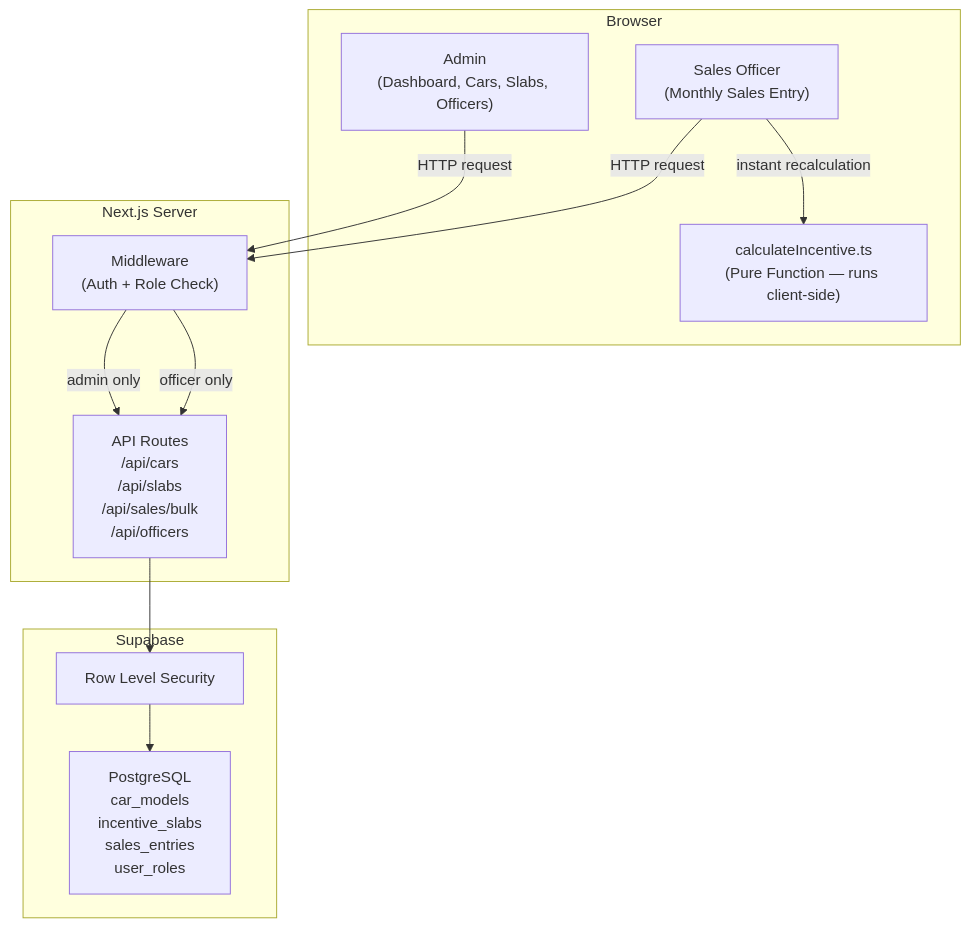
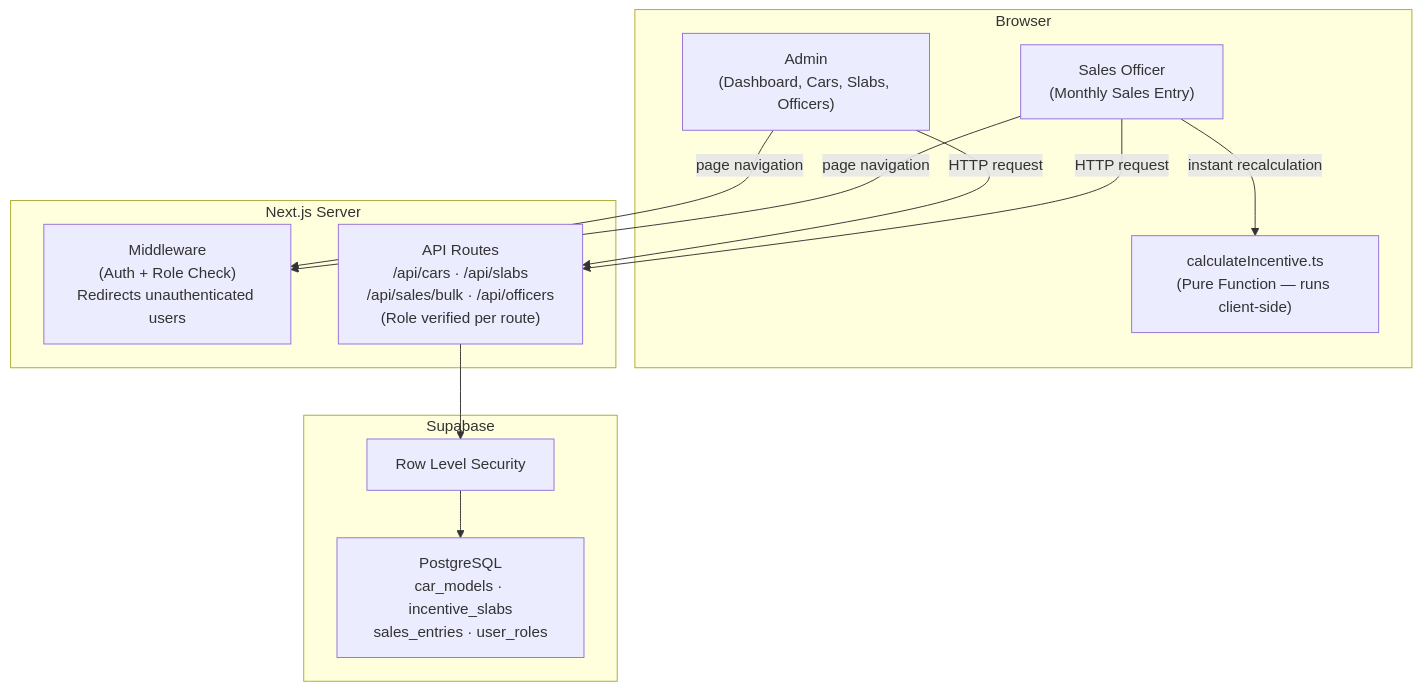
Before and after one commit to Sangeeth62880/toyota: the diagram in README.md, drawn with Mermaid.

Commit message:
Enhance README with middleware and API route details
Updated the README to clarify middleware functionality and API routes.

````diff
--- a/README.md
+++ b/README.md
@@ -21,25 +21,25 @@
 ```mermaid
 flowchart TD
     subgraph Browser["Browser"]
         Admin["Admin\n(Dashboard, Cars, Slabs, Officers)"]
         Officer["Sales Officer\n(Monthly Sales Entry)"]
         Calc["calculateIncentive.ts\n(Pure Function — runs client-side)"]
         Officer -- "instant recalculation" --> Calc
     end
 
     subgraph NextJS["Next.js Server"]
-        MW["Middleware\n(Auth + Role Check)"]
-        API["API Routes\n/api/cars\n/api/slabs\n/api/sales/bulk\n/api/officers"]
-        Admin -- "HTTP request" --> MW
-        Officer -- "HTTP request" --> MW
-        MW -- "admin only" --> API
-        MW -- "officer only" --> API
+        MW["Middleware\n(Auth + Role Check)\nRedirects unauthenticated users"]
+        API["API Routes\n/api/cars · /api/slabs\n/api/sales/bulk · /api/officers\n(Role verified per route)"]
+        Admin -- "page navigation" --> MW
+        Officer -- "page navigation" --> MW
+        Admin -- "HTTP request" --> API
+        Officer -- "HTTP request" --> API
     end
 
     subgraph Supabase["Supabase"]
         RLS["Row Level Security"]
-        DB["PostgreSQL\ncar_models\nincentive_slabs\nsales_entries\nuser_roles"]
+        DB["PostgreSQL\ncar_models · incentive_slabs\nsales_entries · user_roles"]
         API --> RLS
         RLS --> DB
     end
 ```
````
